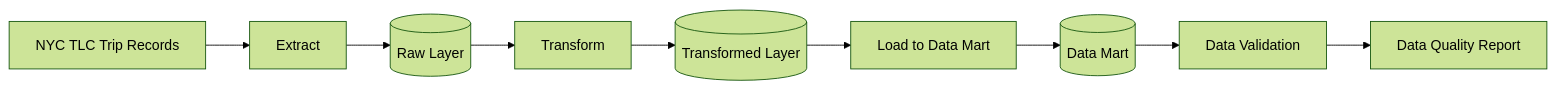
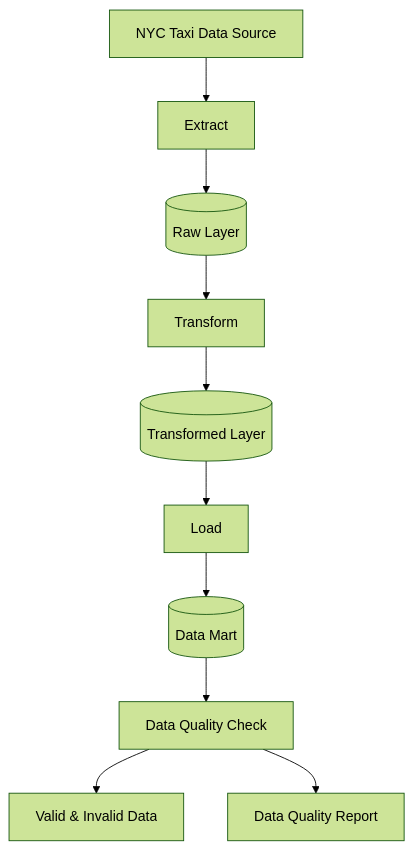
One commit to agungngrh/nyc_taxi-etl_pipeline changed the diagram in README.md. Above: the diagram before and after it, drawn with Mermaid (forest theme). The commit also changed other lines of this file, not shown here.

Commit message:
docs: refine README with architecture, pipeline flow, and project structure

````diff
--- a/README.md
+++ b/README.md
@@ -11,21 +17,22 @@
 ```mermaid
-flowchart LR
-    A[NYC TLC Trip Records]
+flowchart TD
+    A[NYC Taxi Data Source]
+
     B[Extract]
     C[(Raw Layer)]
+
     D[Transform]
     E[(Transformed Layer)]
-    F[Load to Data Mart]
+
+    F[Load]
     G[(Data Mart)]
-    H[Data Validation]
-    I[Data Quality Report]
 
-    A --> B
-    B --> C
-    C --> D
-    D --> E
-    E --> F
-    F --> G
-    G --> H
+    H[Data Quality Check]
+    I[Valid & Invalid Data]
+
+    J[Data Quality Report]
+
+    A --> B --> C --> D --> E --> F --> G --> H
     H --> I
+    H --> J
 ```
````
